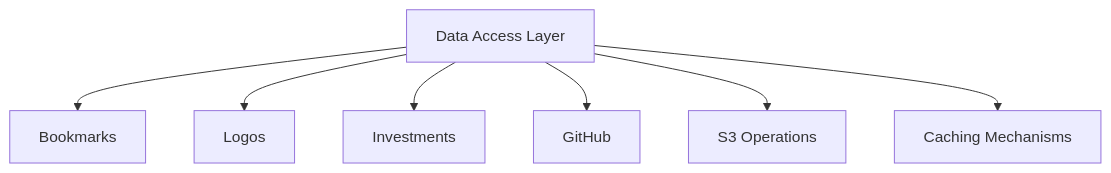
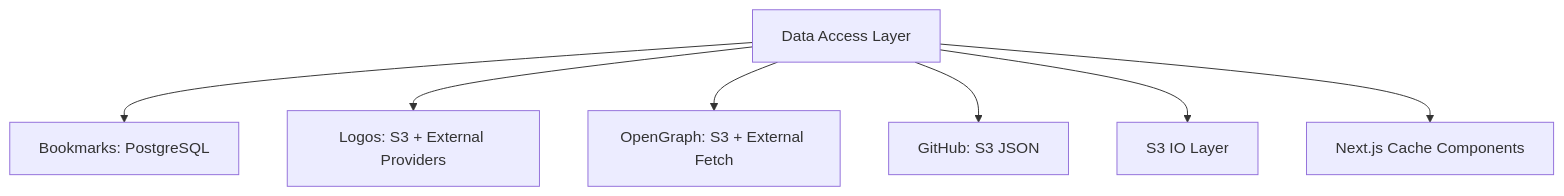
The diagram in docs/architecture/data-access.md (WilliamAGH/williamcallahan.com), drawn with Mermaid before and after one commit. The commit also changed other lines of this file and 82 other files, not shown here.

````diff
--- a/docs/architecture/data-access.md
+++ b/docs/architecture/data-access.md
@@ -9,9 +9,9 @@
 ```mermaid
 graph TD
-    A[Data Access Layer] --> B[Bookmarks]
-    A --> C[Logos]
-    A --> D[Investments]
-    A --> E[GitHub]
-    A --> F[S3 Operations]
-    A --> G[Caching Mechanisms]
+    A[Data Access Layer] --> B[Bookmarks: PostgreSQL]
+    A --> C[Logos: S3 + External Providers]
+    A --> D[OpenGraph: S3 + External Fetch]
+    A --> E[GitHub: S3 JSON]
+    A --> F[S3 IO Layer]
+    A --> G[Next.js Cache Components]
 ```
````
